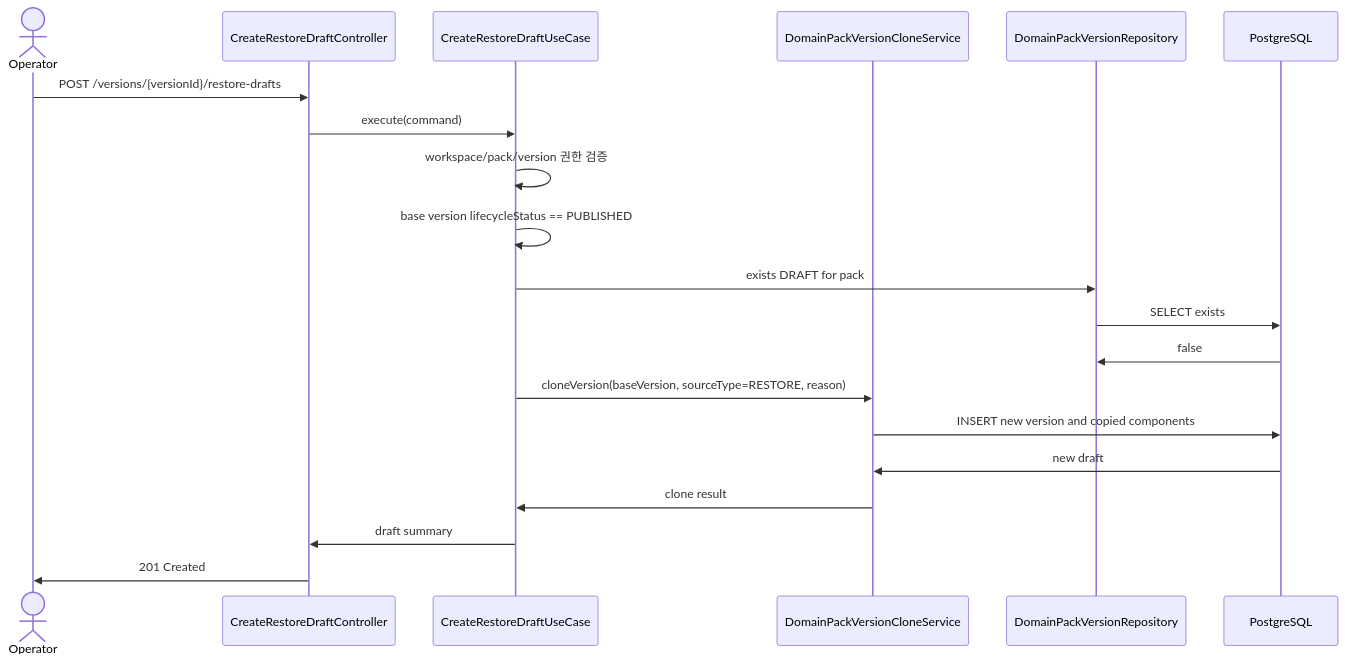
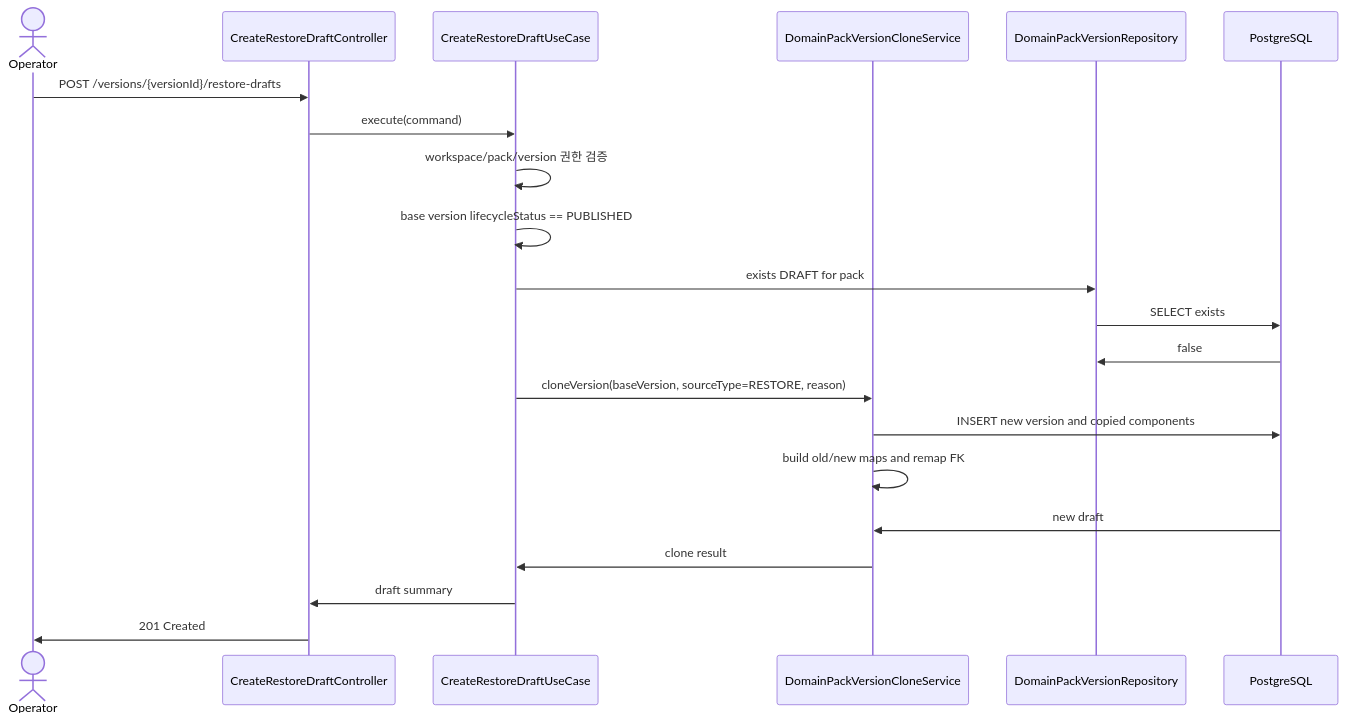
Before and after one commit to ajou-2026-1-capstone-5/ostone: the fourth of 4 diagrams in .agent/specs/314.md, drawn with Mermaid. The commit also changed other lines of this file, not shown here.

````diff
--- a/.agent/specs/314.md
+++ b/.agent/specs/314.md
@@ -482,23 +715,24 @@
 ```mermaid
 sequenceDiagram
     actor op as Operator
     participant ctrl as CreateRestoreDraftController
     participant uc as CreateRestoreDraftUseCase
     participant clone as DomainPackVersionCloneService
     participant verRepo as DomainPackVersionRepository
     participant db as PostgreSQL
 
     op ->> ctrl: POST /versions/{versionId}/restore-drafts
     ctrl ->> uc: execute(command)
     uc ->> uc: workspace/pack/version 권한 검증
     uc ->> uc: base version lifecycleStatus == PUBLISHED
     uc ->> verRepo: exists DRAFT for pack
     verRepo ->> db: SELECT exists
     db ->> verRepo: false
     uc ->> clone: cloneVersion(baseVersion, sourceType=RESTORE, reason)
     clone ->> db: INSERT new version and copied components
+    clone ->> clone: build old/new maps and remap FK
     db ->> clone: new draft
     clone ->> uc: clone result
     uc ->> ctrl: draft summary
     ctrl ->> op: 201 Created
 ```
````
